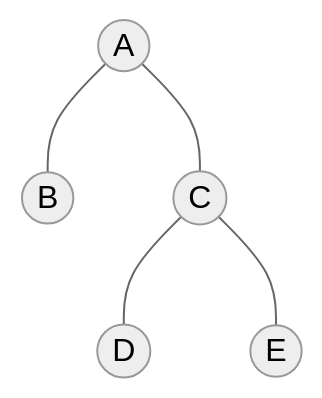
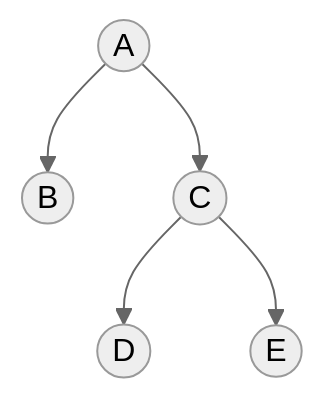
Before and after one commit to ARYAN-KUMAR-22/dsa: the third of 6 diagrams in tree/13_strict_vs_complete_terminology.md, drawn with Mermaid (neutral theme). The commit also changed other lines of this file and 4 other files, not shown here.

````diff
--- a/tree/13_strict_vs_complete_terminology.md
+++ b/tree/13_strict_vs_complete_terminology.md
@@ -25,7 +102,7 @@
 ```mermaid
 graph TD
-    A1((A)) --- B1((B))
-    A1 --- C1((C))
-    C1 --- D1((D))
-    C1 --- E1((E))
+    A((A)) --> B((B))
+    A --> C((C))
+    C --> D((D))
+    C --> E((E))
 ```
````
